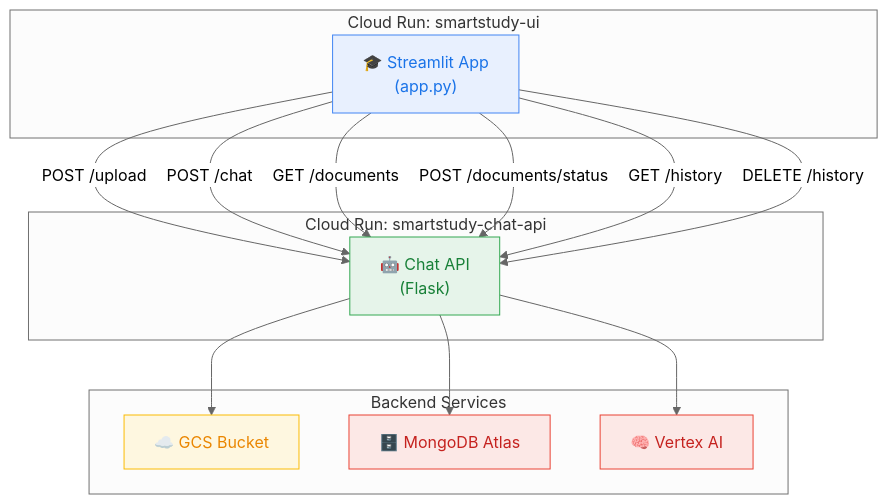
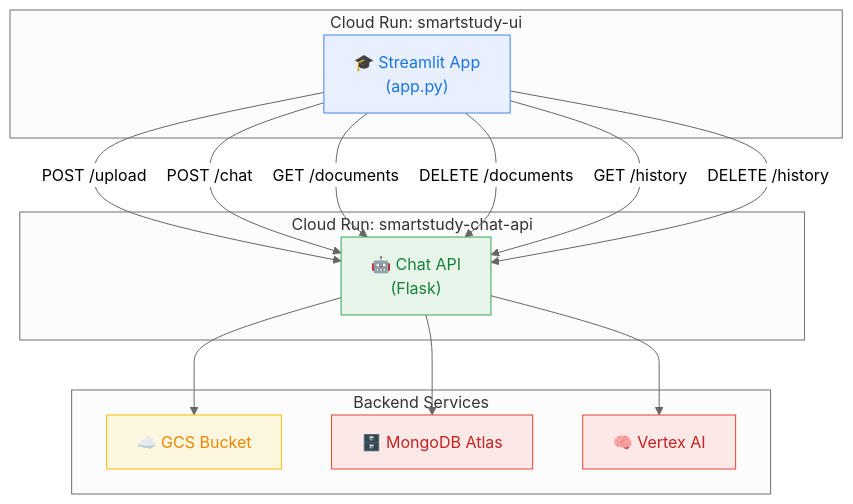
The second of 5 diagrams in streamlit_app/README.md (DanielMortada/cloud-computing-project), drawn with Mermaid (neutral theme) before and after one commit. The commit also changed other lines of this file and 8 other files, not shown here.

````diff
--- a/streamlit_app/README.md
+++ b/streamlit_app/README.md
@@ -63,33 +63,33 @@
 ```mermaid
 flowchart TD
     subgraph "Cloud Run: smartstudy-ui"
         UI["🎓 Streamlit App<br/>(app.py)"]
     end
 
     subgraph "Cloud Run: smartstudy-chat-api"
         API["🤖 Chat API<br/>(Flask)"]
     end
 
     subgraph "Backend Services"
         GCS["☁️ GCS Bucket"]
         MONGO["🗄️ MongoDB Atlas"]
         VERTEX["🧠 Vertex AI"]
     end
 
     UI -->|"POST /upload"| API
     UI -->|"POST /chat"| API
     UI -->|"GET /documents"| API
-    UI -->|"POST /documents/status"| API
+    UI -->|"DELETE /documents"| API
     UI -->|"GET /history"| API
     UI -->|"DELETE /history"| API
 
     API --> GCS
     API --> MONGO
     API --> VERTEX
 
     style UI fill:#E8F0FE,stroke:#4285F4,color:#1A73E8
     style API fill:#E6F4EA,stroke:#34A853,color:#188038
     style GCS fill:#FEF7E0,stroke:#FBBC05,color:#EA8600
     style MONGO fill:#FCE8E6,stroke:#EA4335,color:#C5221F
     style VERTEX fill:#FCE8E6,stroke:#EA4335,color:#C5221F
 ```
````
